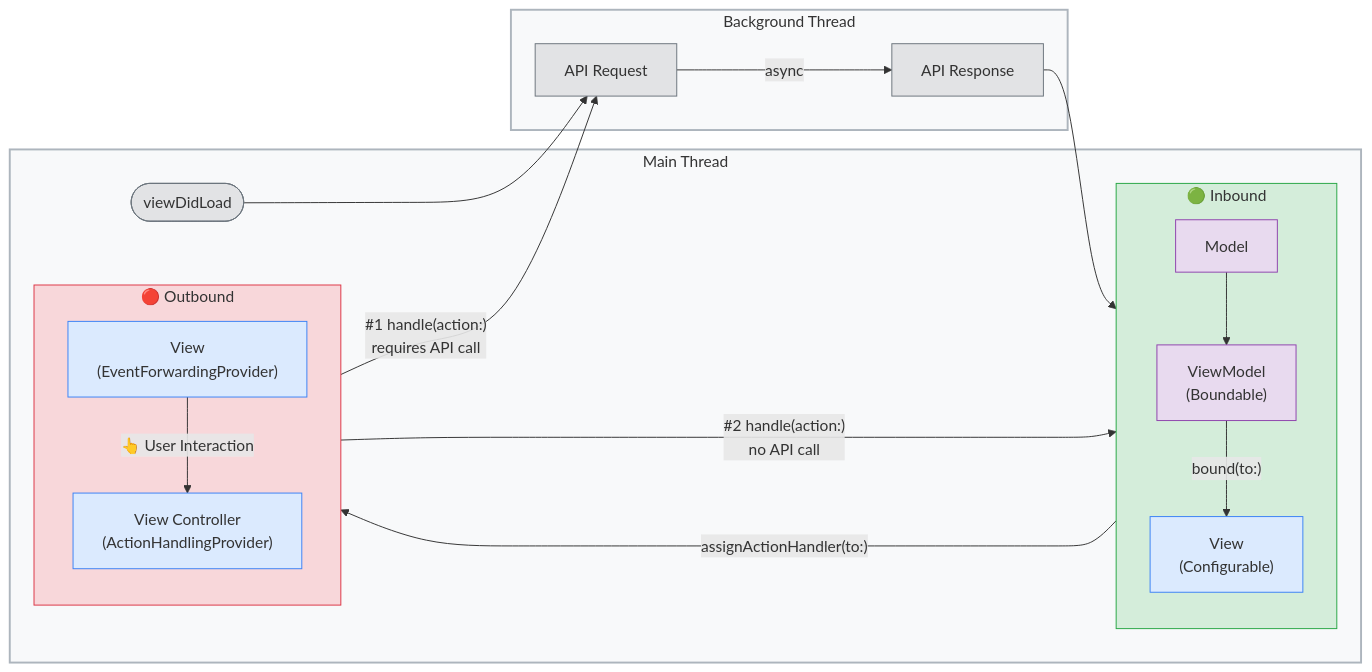
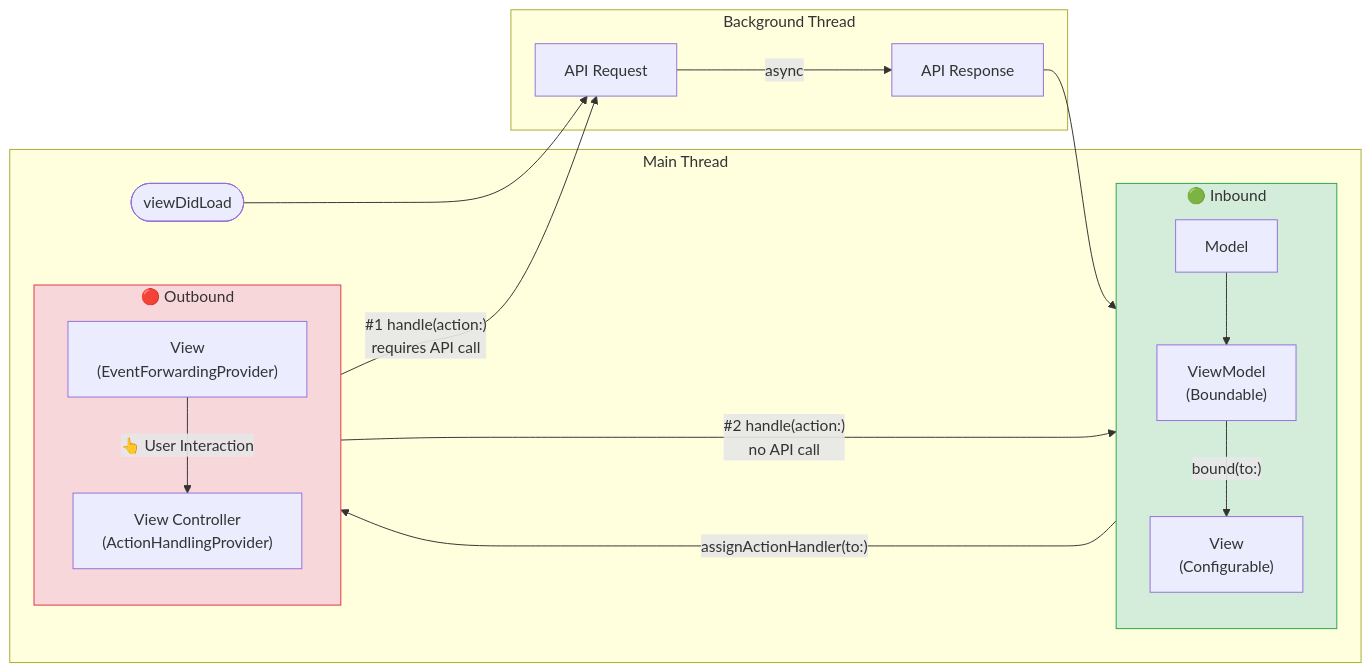
One commit to dSunny90/SendingState changed the first of 2 diagrams in README.md. Above: the diagram before and after it, drawn with Mermaid. The commit also changed other lines of this file, not shown here.

Commit message:
Fix typos and grammar in comments

````diff
--- a/README.md
+++ b/README.md
@@ -19,37 +19,27 @@
 ```mermaid
 flowchart LR
     subgraph MainThread["Main Thread"]
         Start(["viewDidLoad"])
         subgraph Inbound["🟢 Inbound"]
             direction TB
-            Model["Model"] --> ViewModel["ViewModel\n(Boundable)"]
-            ViewModel -->|"bound(to:)"| View1["View\n(Configurable)"]
+            Model["Model"] --> ViewModel["ViewModel<br/>(Boundable)"]
+            ViewModel -->|"bound(to:)"| View1["View<br/>(Configurable)"]
         end
         subgraph Outbound["🔴 Outbound"]
             direction TB
-            View2["View\n(EventForwardingProvider)"] -->|"👆 User Interaction"| ViewController["View Controller\n(ActionHandlingProvider)"]
+            View2["View<br/>(EventForwardingProvider)"] -->|"👆 User Interaction"| ViewController["View Controller<br/>(ActionHandlingProvider)"]
         end
     end
     subgraph BgThread["Background Thread"]
         Request["API Request"] -->|"async"| Response["API Response"]
     end
 
     Start --> Request
     Response --> Inbound
     Inbound -->|"assignActionHandler(to:)"| Outbound
-    Outbound -->|"#1 handle(action:)\nrequires API call"| Request
-    Outbound -->|"#2 handle(action:)\nno API call"| Inbound
+    Outbound -->|"#1 handle(action:)<br/>requires API call"| Request
+    Outbound -->|"#2 handle(action:)<br/>no API call"| Inbound
 
-    style Start fill:#e2e3e5,stroke:#6c757d
-    style MainThread fill:#f8f9fa,stroke:#adb5bd,stroke-width:2px
-    style BgThread fill:#f8f9fa,stroke:#adb5bd,stroke-width:2px
     style Inbound fill:#d4edda,stroke:#28a745
     style Outbound fill:#f8d7da,stroke:#dc3545
-    style Request fill:#e2e3e5,stroke:#6c757d
-    style Response fill:#e2e3e5,stroke:#6c757d
-    style Model fill:#e8daef,stroke:#8e44ad
-    style ViewModel fill:#e8daef,stroke:#8e44ad
-    style View1 fill:#dbeafe,stroke:#3b82f6
-    style View2 fill:#dbeafe,stroke:#3b82f6
-    style ViewController fill:#dbeafe,stroke:#3b82f6
 ```
````
